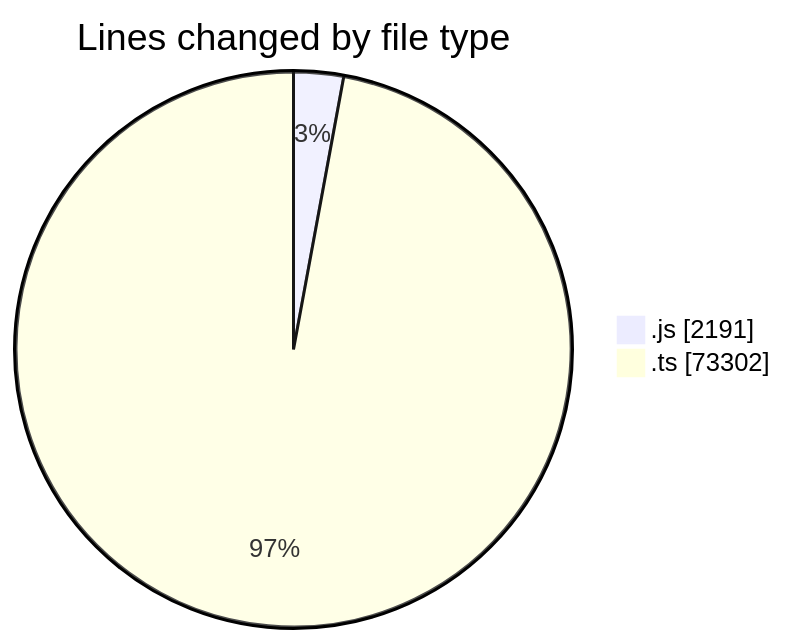
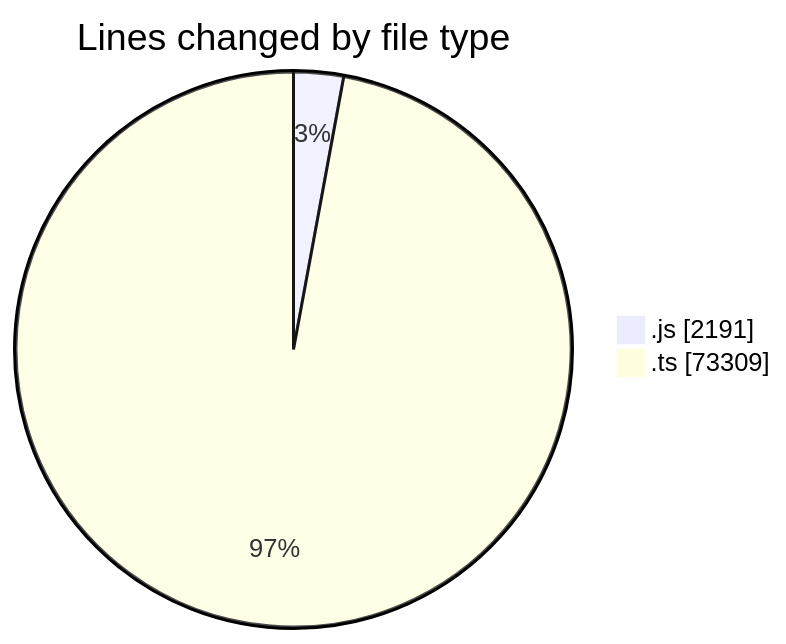
The first of 2 diagrams in 2025-06-19/cda/README.md (momahboobian/code-tracking), drawn with Mermaid before and after one commit. The commit also changed other lines of this file and 1 other file, not shown here.

````diff
--- a/2025-06-19/cda/README.md
+++ b/2025-06-19/cda/README.md
@@ -40,6 +40,6 @@
 ```mermaid
 pie showData
 title Lines changed by file type
 ".js" : 2191
-".ts" : 73302
+".ts" : 73309
 ```
````
